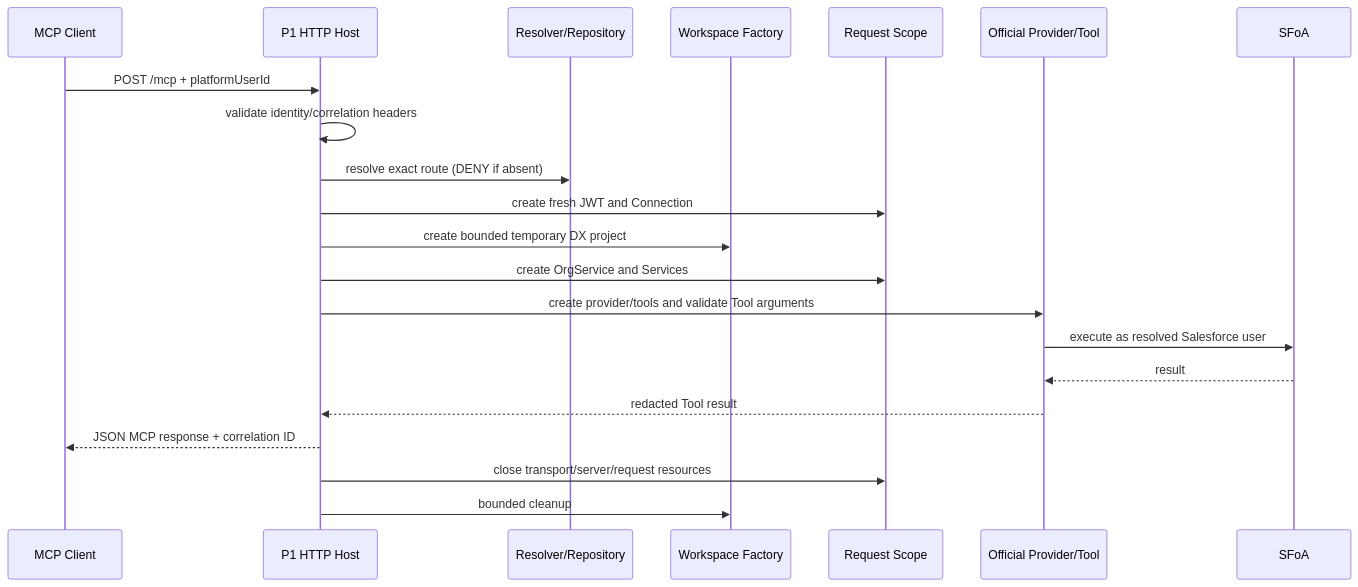
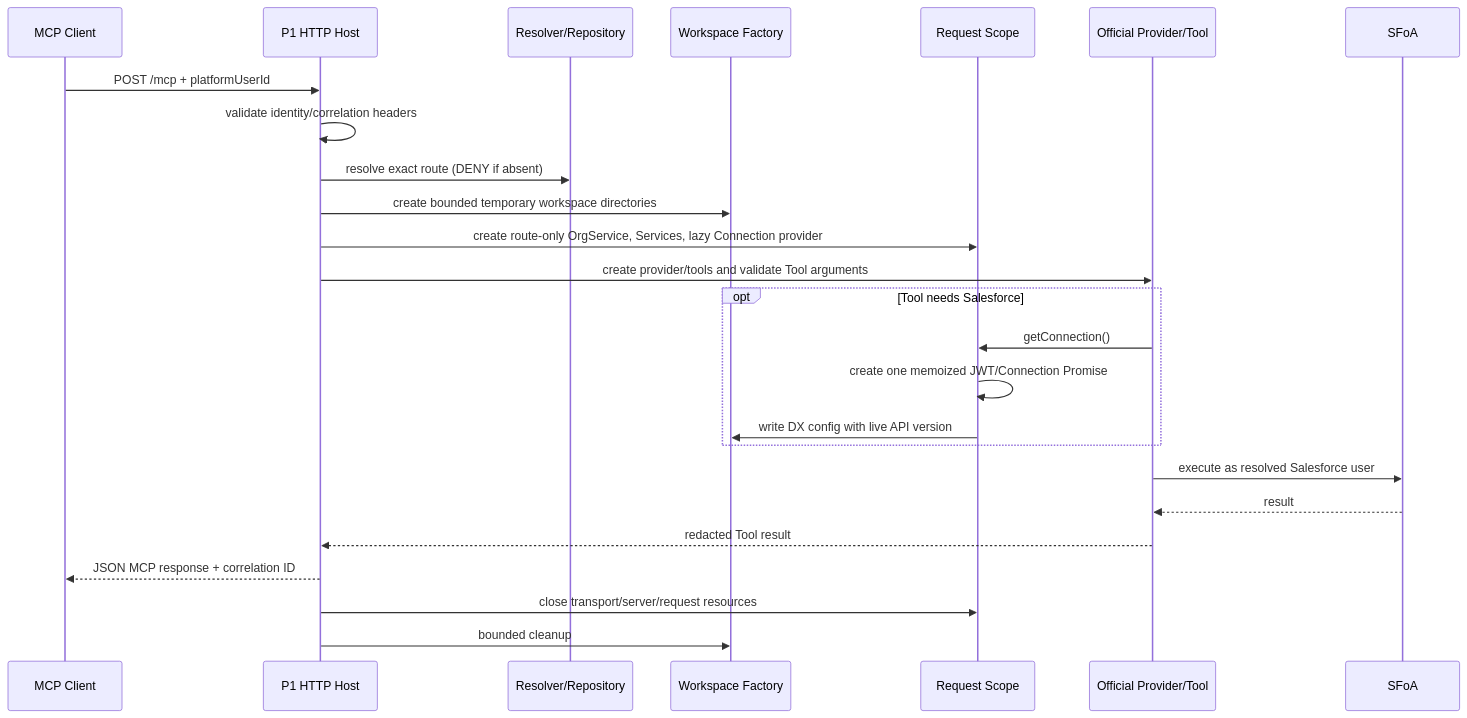
One commit to ElioLin/sfoa-enterprise-mcp changed the third of 8 diagrams in docs/sfoa/ARCHITECTURE.md. Above: the diagram before and after it, drawn with Mermaid. The commit also changed other lines of this file and 68 other files, not shown here.

````diff
--- a/docs/sfoa/ARCHITECTURE.md
+++ b/docs/sfoa/ARCHITECTURE.md
@@ -49,23 +53,27 @@
 ```mermaid
 sequenceDiagram
   participant C as MCP Client
   participant H as P1 HTTP Host
   participant R as Resolver/Repository
   participant W as Workspace Factory
   participant S as Request Scope
   participant P as Official Provider/Tool
   participant F as SFoA
   C->>H: POST /mcp + platformUserId
   H->>H: validate identity/correlation headers
   H->>R: resolve exact route (DENY if absent)
-  H->>S: create fresh JWT and Connection
-  H->>W: create bounded temporary DX project
-  H->>S: create OrgService and Services
+  H->>W: create bounded temporary workspace directories
+  H->>S: create route-only OrgService, Services, lazy Connection provider
   H->>P: create provider/tools and validate Tool arguments
+  opt Tool needs Salesforce
+    P->>S: getConnection()
+    S->>S: create one memoized JWT/Connection Promise
+    S->>W: write DX config with live API version
+  end
   P->>F: execute as resolved Salesforce user
   F-->>P: result
   P-->>H: redacted Tool result
   H-->>C: JSON MCP response + correlation ID
   H->>S: close transport/server/request resources
   H->>W: bounded cleanup
 ```
````
